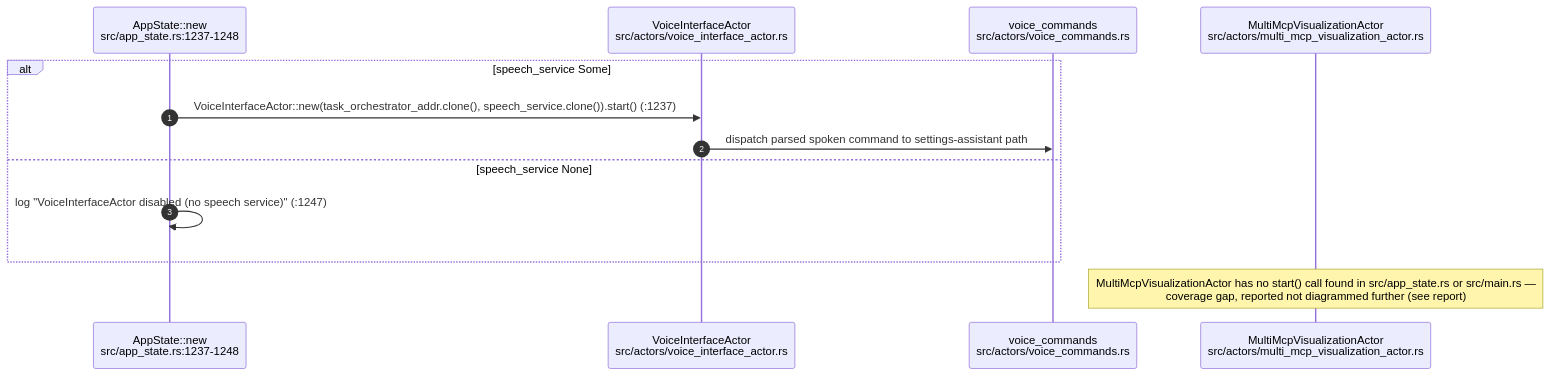
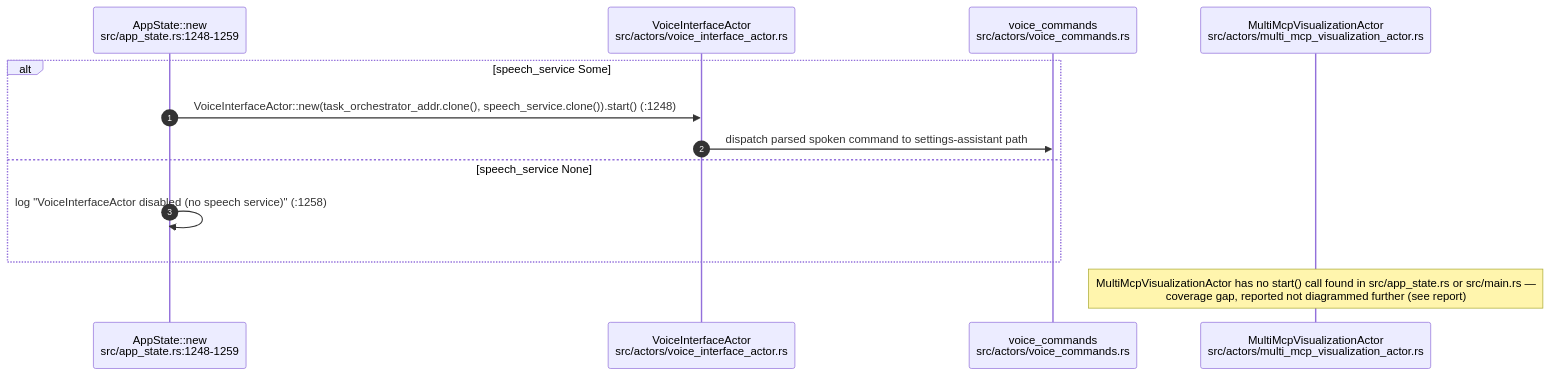
Before and after one commit to DreamLab-AI/VisionFlow: diagram 13 of 14 in docs/diagrams/visionclaw/02-actor-supervision.md, drawn with Mermaid. The commit also changed other lines of this file and 81 other files, not shown here.

First line of the commit message:
docs(diagrams): roll VisionClaw topics to main 010e1109b (PR 37 and 38 merged); fix remaining prose citations

````diff
--- a/docs/diagrams/visionclaw/02-actor-supervision.md
+++ b/docs/diagrams/visionclaw/02-actor-supervision.md
@@ -501,16 +501,16 @@
 ```mermaid
 sequenceDiagram
     autonumber
-    participant APP as AppState::new<br/>src/app_state.rs:1237-1248
+    participant APP as AppState::new<br/>src/app_state.rs:1248-1259
     participant VI as VoiceInterfaceActor<br/>src/actors/voice_interface_actor.rs
     participant VC as voice_commands<br/>src/actors/voice_commands.rs
     participant MMV as MultiMcpVisualizationActor<br/>src/actors/multi_mcp_visualization_actor.rs
 
     alt speech_service Some
-        APP->>VI: VoiceInterfaceActor::new(task_orchestrator_addr.clone(), speech_service.clone()).start() (:1237)
+        APP->>VI: VoiceInterfaceActor::new(task_orchestrator_addr.clone(), speech_service.clone()).start() (:1248)
         VI->>VC: dispatch parsed spoken command to settings-assistant path
     else speech_service None
-        APP->>APP: log "VoiceInterfaceActor disabled (no speech service)" (:1247)
+        APP->>APP: log "VoiceInterfaceActor disabled (no speech service)" (:1258)
     end
     Note over MMV: MultiMcpVisualizationActor has no start() call found in src/app_state.rs or src/main.rs —<br/>coverage gap, reported not diagrammed further (see report)
 ```
````
